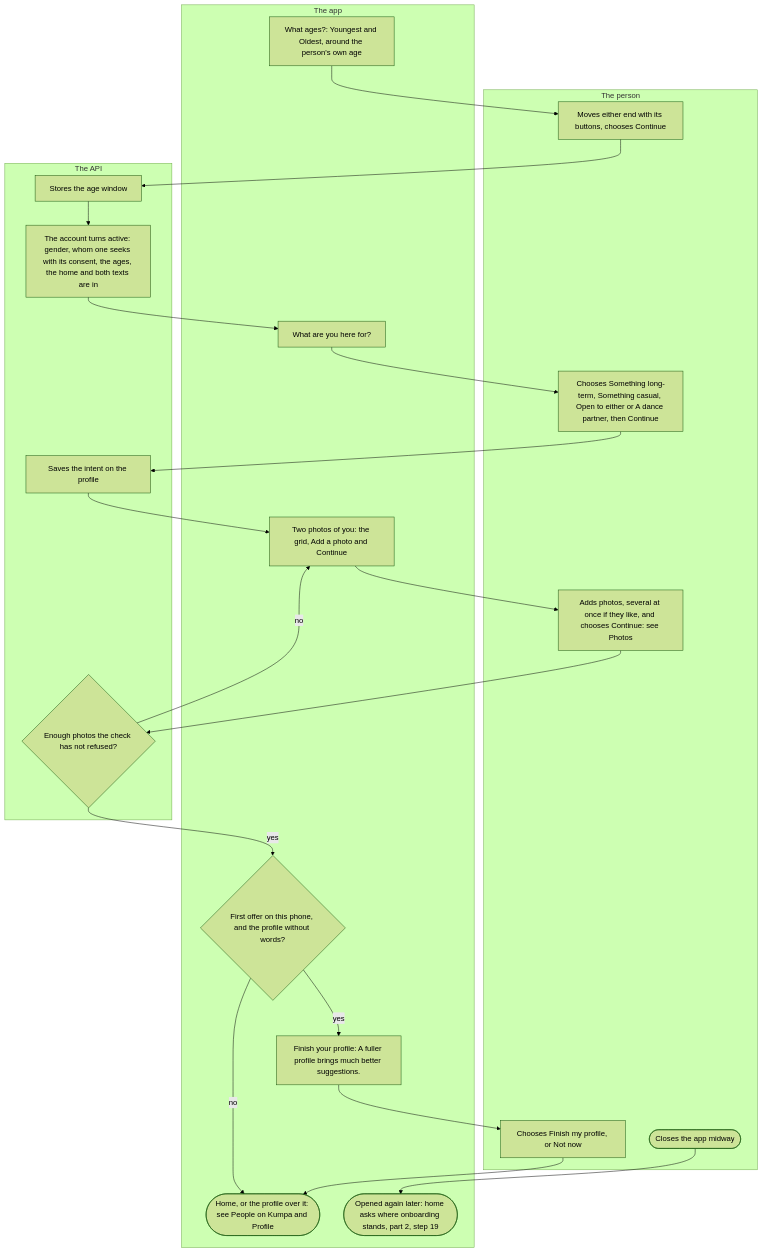
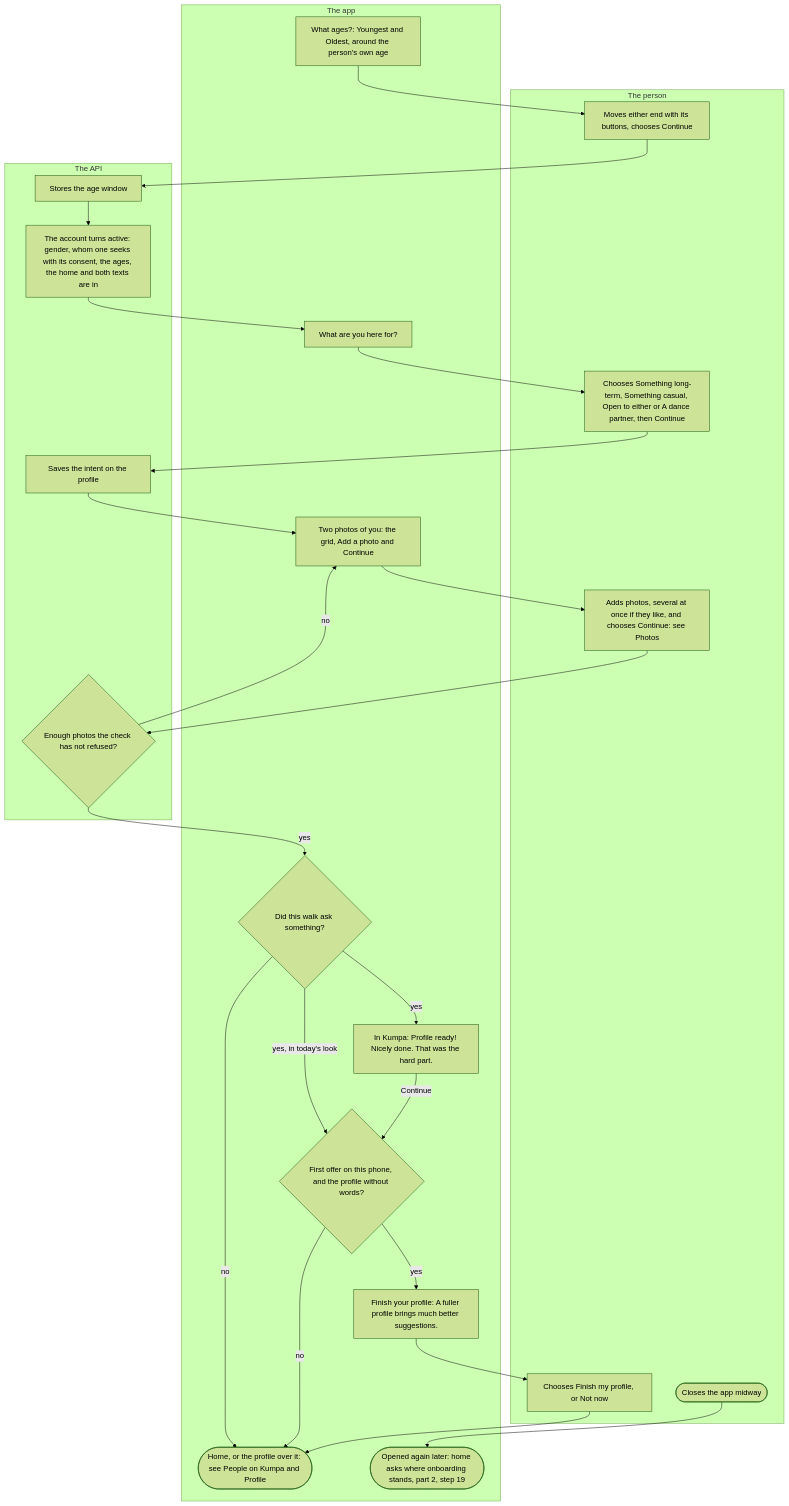
The fourth of 4 diagrams in docs/flows/onboarding.md (kuutti-ry/kumpa-app), drawn with Mermaid (forest theme) before and after one commit. The commit also changed other lines of this file and 42 other files, not shown here.

First line of the commit message:
Draw the app in the Kumpa look by default (HS design) (#738)

````diff
--- a/docs/flows/onboarding.md
+++ b/docs/flows/onboarding.md
@@ -237,43 +238,49 @@
 ```mermaid
 flowchart TB
   accTitle: Onboarding, part 4: after the bank: the ages, the intent, photos and the offer
-  accDescr: The person sets the age window with buttons, chooses what they are here for, and adds photos on the step itself; no step is numbered. The account turns active once the ages are in with the answers saved after the bank. A walk that asked something ends on one offer to finish the profile, shown once on a phone while the profile has no words, then home. A person who leaves midway comes back where they stopped.
+  accDescr: The person sets the age window with buttons, chooses what they are here for, and adds photos on the step itself; no step is numbered. The account turns active once the ages are in with the answers saved after the bank. A walk that asked something ends, in Kumpa, the look every phone starts in, on Profile ready!, then on one offer to finish the profile, shown once on a phone while the profile has no words, then home. A person who leaves midway comes back where they stopped.
   subgraph person["The person"]
     s52["Moves either end with its buttons, chooses Continue"]
     s56["Chooses Something long-term, Something casual, Open to either or A dance partner, then Continue"]
     s59["Adds photos, several at once if they like, and chooses Continue: see Photos"]
-    s63["Chooses Finish my profile, or Not now"]
-    s65(["Closes the app midway"])
+    s65["Chooses Finish my profile, or Not now"]
+    s67(["Closes the app midway"])
   end
   subgraph app["The app"]
     s51["What ages?: Youngest and Oldest, around the person's own age"]
     s55["What are you here for?"]
     s58["Two photos of you: the grid, Add a photo and Continue"]
-    s61{"First offer on this phone, and the profile without words?"}
-    s62["Finish your profile: A fuller profile brings much better suggestions."]
-    s64(["Home, or the profile over it: see People on Kumpa and Profile"])
-    s66(["Opened again later: home asks where onboarding stands, part 2, step 19"])
+    s61{"Did this walk ask something?"}
+    s62["In Kumpa: Profile ready! Nicely done. That was the hard part."]
+    s63{"First offer on this phone, and the profile without words?"}
+    s64["Finish your profile: A fuller profile brings much better suggestions."]
+    s66(["Home, or the profile over it: see People on Kumpa and Profile"])
+    s68(["Opened again later: home asks where onboarding stands, part 2, step 19"])
   end
   subgraph api["The API"]
     s53["Stores the age window"]
     s54["The account turns active: gender, whom one seeks with its consent, the ages, the home and both texts are in"]
     s57["Saves the intent on the profile"]
     s60{"Enough photos the check has not refused?"}
   end
   s51 --> s52
   s52 --> s53
   s53 --> s54
   s54 --> s55
   s55 --> s56
   s56 --> s57
   s57 --> s58
   s58 --> s59
   s59 --> s60
   s60 -->|"no"| s58
   s60 -->|"yes"| s61
   s61 -->|"yes"| s62
-  s61 -->|"no"| s64
-  s62 --> s63
-  s63 --> s64
+  s61 -->|"yes, in today's look"| s63
+  s61 -->|"no"| s66
+  s62 -->|"Continue"| s63
+  s63 -->|"yes"| s64
+  s63 -->|"no"| s66
+  s64 --> s65
   s65 --> s66
+  s67 --> s68
 ```
````
